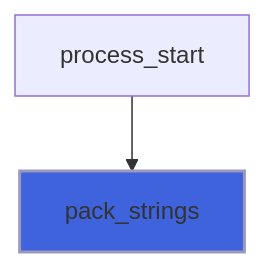
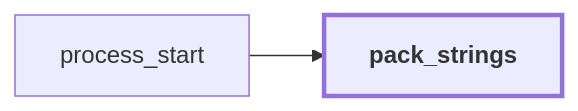
The sixth of 16 diagrams in docs/api/src/lib/figure_process.md (szaghi/figure), drawn with Mermaid before and after one commit. The commit also changed other lines of this file and 54 other files, not shown here.

````diff
--- a/docs/api/src/lib/figure_process.md
+++ b/docs/api/src/lib/figure_process.md
@@ -278,5 +304,7 @@
 ```mermaid
-flowchart TD
+flowchart LR
   process_start["process_start"] --> pack_strings["pack_strings"]
-  style pack_strings fill:#3e63dd,stroke:#99b,stroke-width:2px
+  classDef focus stroke-width:3px,font-weight:bold
+  class pack_strings focus
+  click process_start href "#process-start" "process_start"
 ```
````
